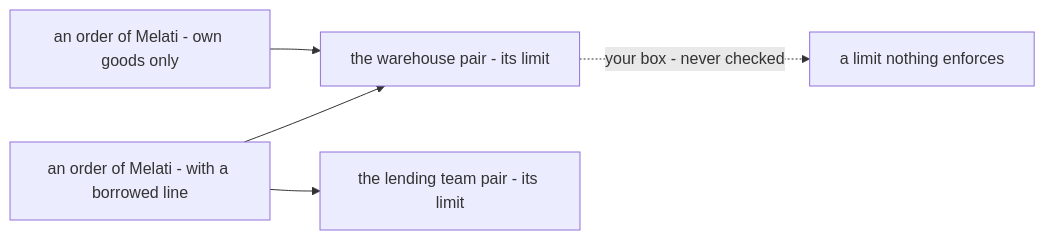
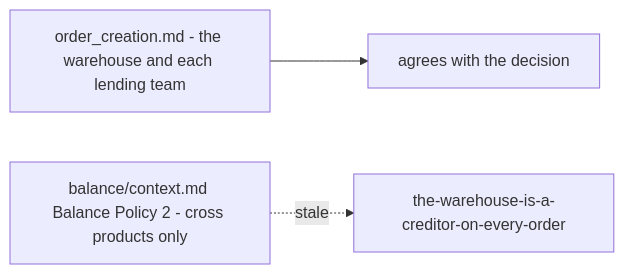
Before and after one commit to pdcgo/warehouse_revamp: the sixth of 7 diagrams in docs/business/order/context_clarify.md, drawn with Mermaid. The commit also changed other lines of this file and 6 other files, not shown here.

First line of the commit message:
docs(order): order context closed — who moves each status, the redrawn status move and creation flow

````diff
--- a/docs/business/order/context_clarify.md
+++ b/docs/business/order/context_clarify.md
@@ -446,7 +384,5 @@
 ```mermaid
 flowchart LR
-  O["an order of Melati - own goods only"] --> W["the warehouse pair - its limit"]
-  O2["an order of Melati - with a borrowed line"] --> W
-  O2 --> A["the lending team pair - its limit"]
-  W -.->|"your box - never checked"| X["a limit nothing enforces"]
+  OC["order_creation.md - the warehouse and each lending team"] --> OK["agrees with the decision"]
+  B["balance/context.md Balance Policy 2 - cross products only"] -.->|"stale"| D["the-warehouse-is-a-creditor-on-every-order"]
 ```
````
